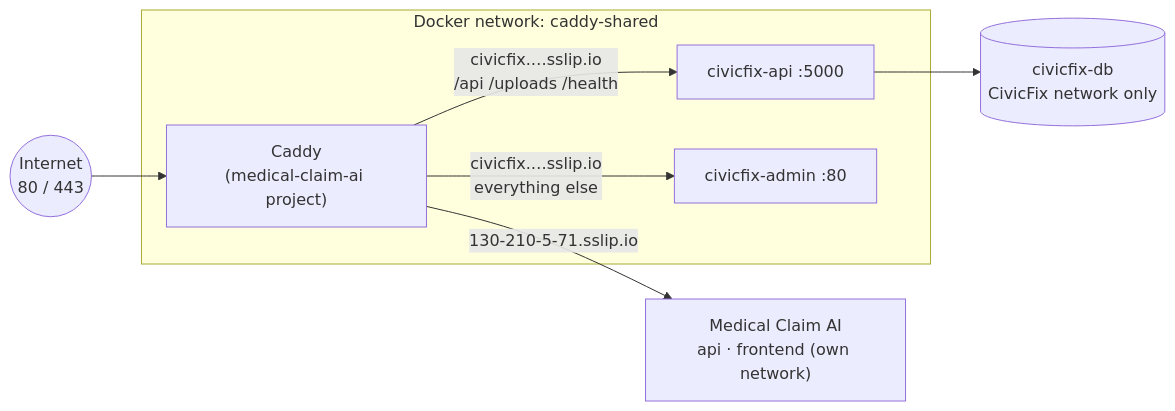
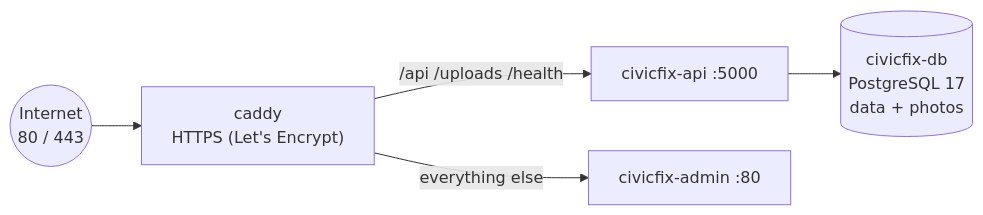
The diagram in docs/deployment/oracle-cloud.md (santhosh12133/CivicGuardAI), drawn with Mermaid before and after one commit. The commit also changed other lines of this file and 14 other files, not shown here.

First line of the commit message:
feat(deploy): standalone Oracle Cloud server with its own Caddy

````diff
--- a/docs/deployment/oracle-cloud.md
+++ b/docs/deployment/oracle-cloud.md
@@ -5,13 +5,7 @@
 ```mermaid
 flowchart LR
-  internet(("Internet<br/>80 / 443")) --> caddy["Caddy<br/>(medical-claim-ai project)"]
-  subgraph shared["Docker network: caddy-shared"]
-    caddy
-    api["civicfix-api :5000"]
-    admin["civicfix-admin :80"]
-  end
-  caddy -- "130-210-5-71.sslip.io" --> mca["Medical Claim AI<br/>api · frontend (own network)"]
-  caddy -- "civicfix.…sslip.io<br/>/api /uploads /health" --> api
-  caddy -- "civicfix.…sslip.io<br/>everything else" --> admin
-  api --> db[("civicfix-db<br/>CivicFix network only")]
+  internet(("Internet<br/>80 / 443")) --> caddy["caddy<br/>HTTPS (Let's Encrypt)"]
+  caddy -- "/api /uploads /health" --> api["civicfix-api :5000"]
+  caddy -- "everything else" --> admin["civicfix-admin :80"]
+  api --> db[("civicfix-db<br/>PostgreSQL 17<br/>data + photos")]
 ```
````
